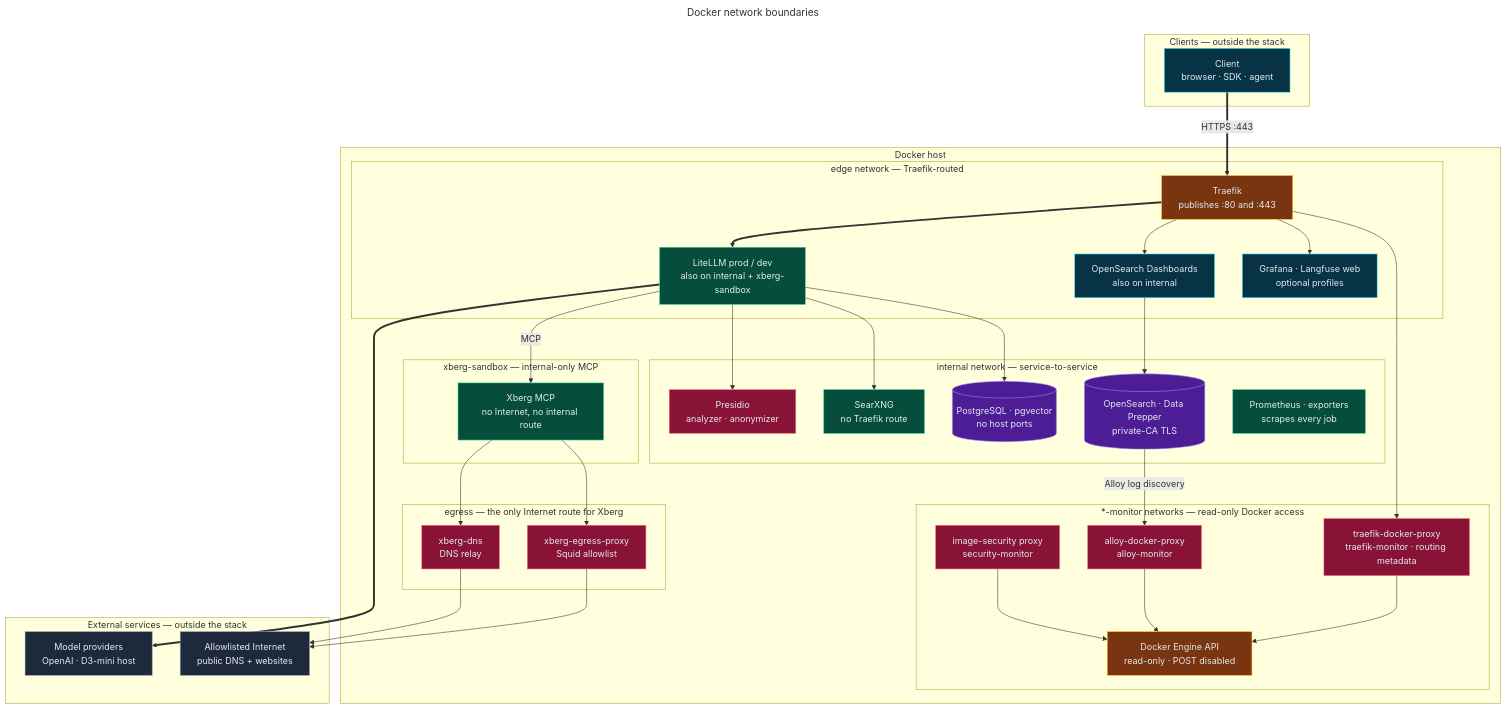
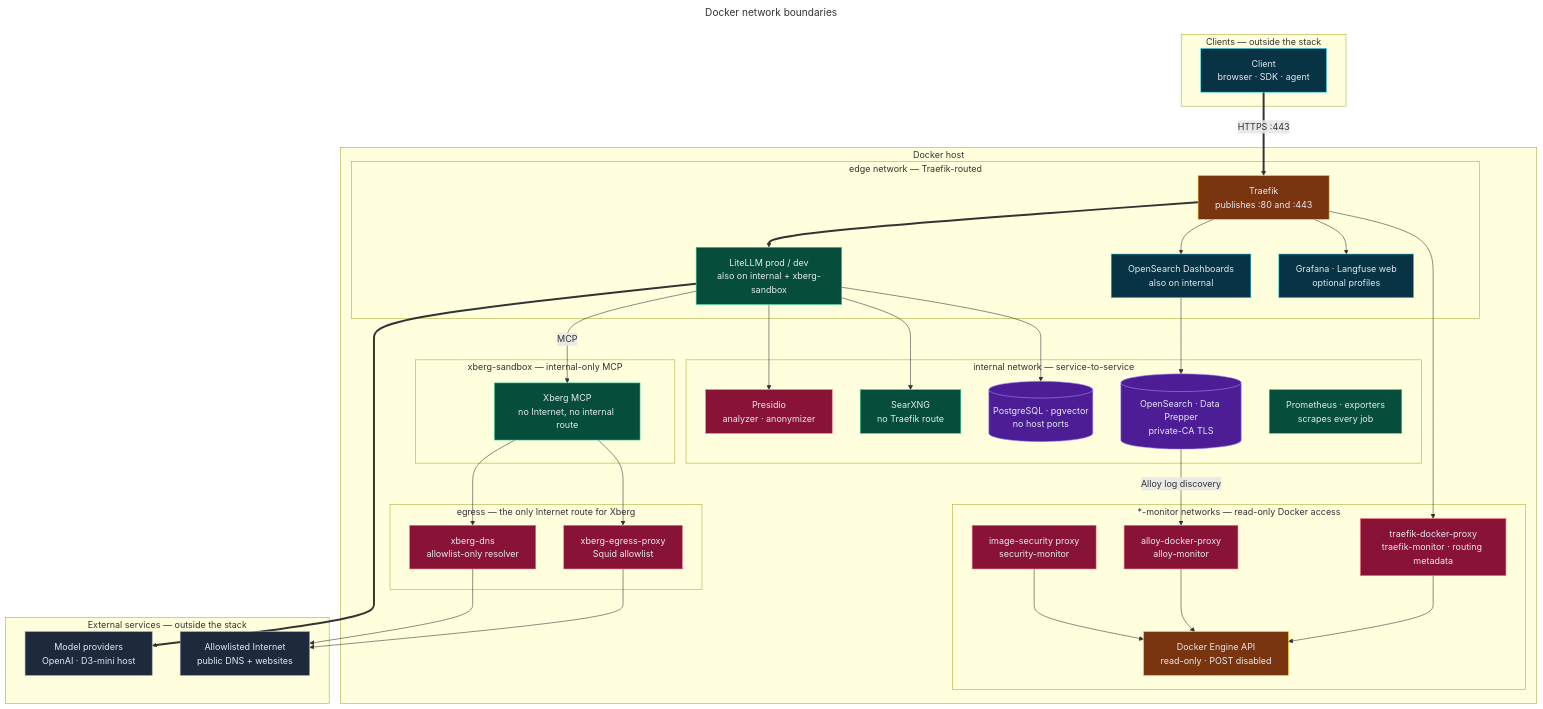
One commit to bella-1337/effective-spoon changed the diagram in diagrams/02-network-boundaries.mmd. Above: the diagram before and after it, drawn with Mermaid. The commit also changed 28 other files, not shown here.

```diff
--- a/diagrams/02-network-boundaries.mmd
+++ b/diagrams/02-network-boundaries.mmd
@@ -1,86 +1,86 @@
 ---
 title: Docker network boundaries
 ---
 flowchart TD
   %% Source for 02-network-boundaries.html. Edit this file, then run ./scripts/render-diagrams.py.
   %% Directives: docs in diagrams/README.md (Updating diagrams).
   %% @mode architecture
   %% @subtitle Each Compose network is a trust zone; only Traefik publishes host ports
   %% @card cyan | Ingress | Only Traefik publishes host ports 80 and 443 | edge members are reachable only through a Traefik host rule | SearXNG, databases, and telemetry have no route from clients
-  %% @card violet | Isolation | Xberg sits alone on xberg-sandbox with LiteLLM and its proxies | Its outbound HTTP goes through Squid, which denies private and non-allowlisted hosts | opensearch-certs runs with no network at all
+  %% @card violet | Isolation | Xberg sits alone on xberg-sandbox with LiteLLM and its proxies | Its outbound HTTPS goes through Squid and its DNS through an allowlist-only resolver | opensearch-certs runs with no network at all
   %% @card rose | Docker socket | Traefik, Alloy, and the image scanner never mount the socket | Each reaches Docker through its own socket proxy on a dedicated network | The proxies allow read-only GET calls; POST is disabled
   %% @tier 0: CLI
   %% @tier 1: TR
   %% @tier 2: LL OSD WEBUI
   %% @tier 3: PR SX DB OS PM
   %% @tier 4: XB
   %% @tier 5: DNS SQ
   %% @tier 6: TDP ADP SDP
   %% @tier 7: DOCK
   %% @tier 8: PROV NET
   %% @journey #22d3ee: CLI TR LL PROV
   %% @journey #34d399: LL XB SQ NET
   %% @journey #fb7185: TR TDP DOCK
 
   subgraph CL["Clients — outside the stack"]
     CLI["Client<br/>browser · SDK · agent"]:::frontend
   end
   subgraph HOST["Docker host"]
     subgraph EDGE["edge network — Traefik-routed"]
       TR["Traefik<br/>publishes :80 and :443"]:::cloud
       LL["LiteLLM prod / dev<br/>also on internal + xberg-sandbox"]:::backend
       OSD["OpenSearch Dashboards<br/>also on internal"]:::frontend
       WEBUI["Grafana · Langfuse web<br/>optional profiles"]:::frontend
     end
     subgraph INT["internal network — service-to-service"]
       PR["Presidio<br/>analyzer · anonymizer"]:::security
       SX["SearXNG<br/>no Traefik route"]:::backend
       DB[("PostgreSQL · pgvector<br/>no host ports")]:::database
       OS[("OpenSearch · Data Prepper<br/>private-CA TLS")]:::database
       PM["Prometheus · exporters<br/>scrapes every job"]:::backend
     end
     subgraph SBX["xberg-sandbox — internal-only MCP"]
       XB["Xberg MCP<br/>no Internet, no internal route"]:::backend
     end
     subgraph EGR["egress — the only Internet route for Xberg"]
-      DNS["xberg-dns<br/>DNS relay"]:::security
+      DNS["xberg-dns<br/>allowlist-only resolver"]:::security
       SQ["xberg-egress-proxy<br/>Squid allowlist"]:::security
     end
     subgraph MON["*-monitor networks — read-only Docker access"]
       TDP["traefik-docker-proxy<br/>traefik-monitor · routing metadata"]:::security
       ADP["alloy-docker-proxy<br/>alloy-monitor"]:::security
       SDP["image-security proxy<br/>security-monitor"]:::security
       DOCK["Docker Engine API<br/>read-only · POST disabled"]:::cloud
     end
   end
   subgraph EX["External services — outside the stack"]
     PROV["Model providers<br/>OpenAI · D3-mini host"]:::external
     NET["Allowlisted Internet<br/>public DNS + websites"]:::external
   end
 
   CLI ==>|"HTTPS :443"| TR
   TR ==> LL
   TR --> OSD
   TR --> WEBUI
   LL --> PR
   LL --> SX
   LL --> DB
   OSD --> OS
   LL -->|"MCP"| XB
   XB --> DNS
   XB --> SQ
   TR --> TDP
   OS -->|"Alloy log discovery"| ADP
   TDP --> DOCK
   ADP --> DOCK
   SDP --> DOCK
   LL ==> PROV
   SQ --> NET
   DNS --> NET
 
   classDef backend fill:#064e3b,stroke:#34d399,color:#e2e8f0
   classDef cloud fill:#78350f,stroke:#fbbf24,color:#e2e8f0
   classDef database fill:#4c1d95,stroke:#a78bfa,color:#e2e8f0
   classDef external fill:#1e293b,stroke:#94a3b8,color:#e2e8f0
   classDef frontend fill:#083344,stroke:#22d3ee,color:#e2e8f0
   classDef security fill:#881337,stroke:#fb7185,color:#e2e8f0
```
